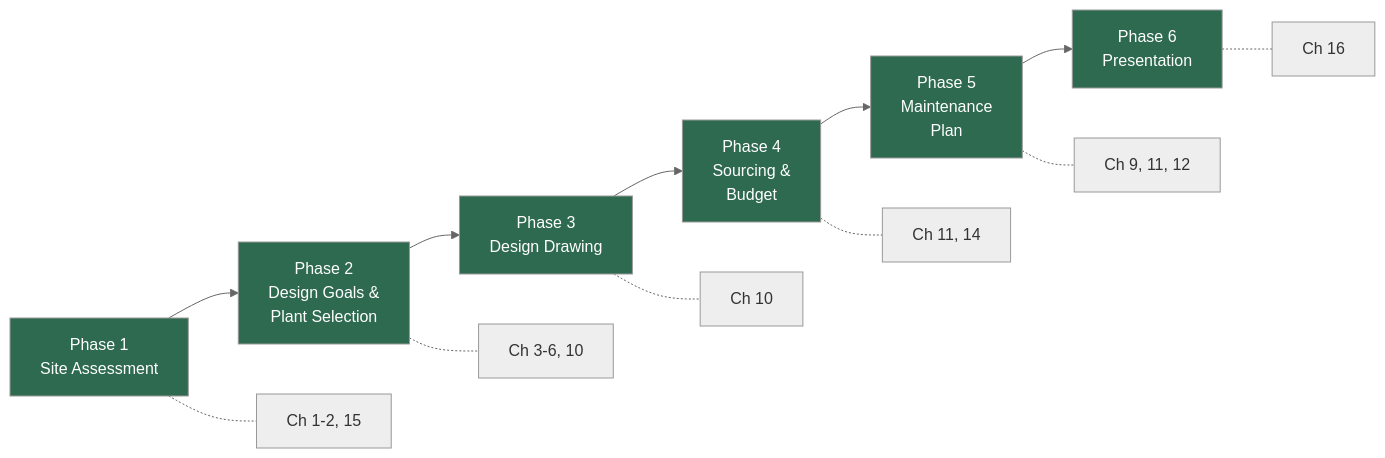
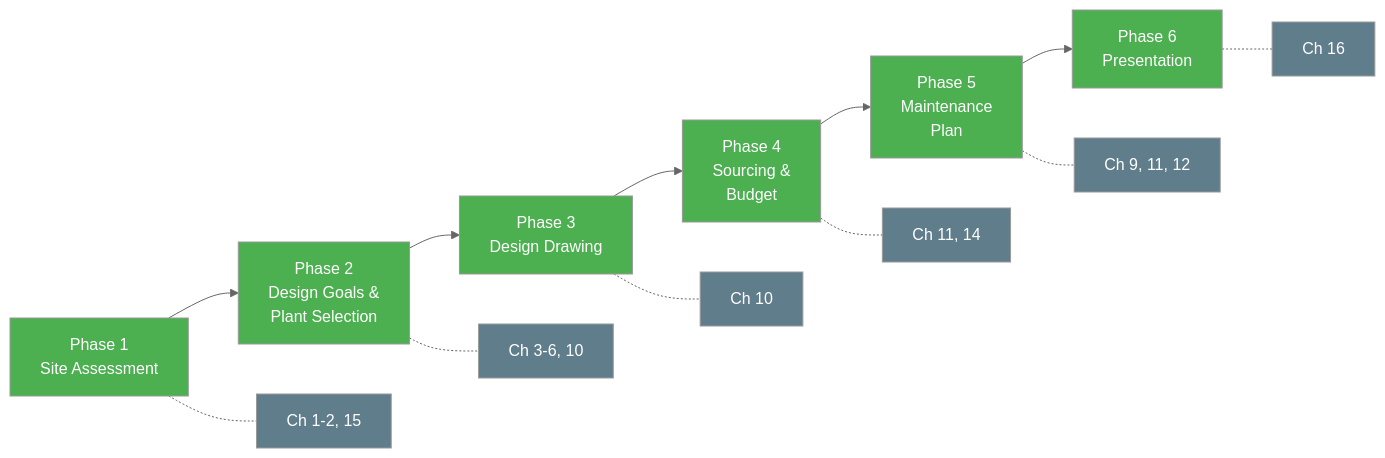
Before and after one commit to arunbatchu/minnesota-native-plants: the first of 2 diagrams in docs/chapters/17-capstone-projects/index.md, drawn with Mermaid (neutral theme). The commit also changed other lines of this file and 10 other files, not shown here.

First line of the commit message:
Fix Mermaid diagram colors for accessibility — high contrast palette

````diff
--- a/docs/chapters/17-capstone-projects/index.md
+++ b/docs/chapters/17-capstone-projects/index.md
@@ -28,28 +28,28 @@
 ```mermaid
 flowchart LR
     P1["Phase 1<br>Site Assessment"] --> P2["Phase 2<br>Design Goals &<br>Plant Selection"]
     P2 --> P3["Phase 3<br>Design Drawing"]
     P3 --> P4["Phase 4<br>Sourcing &<br>Budget"]
     P4 --> P5["Phase 5<br>Maintenance<br>Plan"]
     P5 --> P6["Phase 6<br>Presentation"]
 
     P1 -.- C1["Ch 1-2, 15"]
     P2 -.- C2["Ch 3-6, 10"]
     P3 -.- C3["Ch 10"]
     P4 -.- C4["Ch 11, 14"]
     P5 -.- C5["Ch 9, 11, 12"]
     P6 -.- C6["Ch 16"]
 
-    style P1 fill:#2d6a4f,color:#fff
-    style P2 fill:#2d6a4f,color:#fff
-    style P3 fill:#2d6a4f,color:#fff
-    style P4 fill:#2d6a4f,color:#fff
-    style P5 fill:#2d6a4f,color:#fff
-    style P6 fill:#2d6a4f,color:#fff
-    style C1 fill:#eee,color:#333
-    style C2 fill:#eee,color:#333
-    style C3 fill:#eee,color:#333
-    style C4 fill:#eee,color:#333
-    style C5 fill:#eee,color:#333
-    style C6 fill:#eee,color:#333
+    style P1 fill:#4CAF50,color:#fff
+    style P2 fill:#4CAF50,color:#fff
+    style P3 fill:#4CAF50,color:#fff
+    style P4 fill:#4CAF50,color:#fff
+    style P5 fill:#4CAF50,color:#fff
+    style P6 fill:#4CAF50,color:#fff
+    style C1 fill:#607D8B,color:#fff
+    style C2 fill:#607D8B,color:#fff
+    style C3 fill:#607D8B,color:#fff
+    style C4 fill:#607D8B,color:#fff
+    style C5 fill:#607D8B,color:#fff
+    style C6 fill:#607D8B,color:#fff
 ```
````
